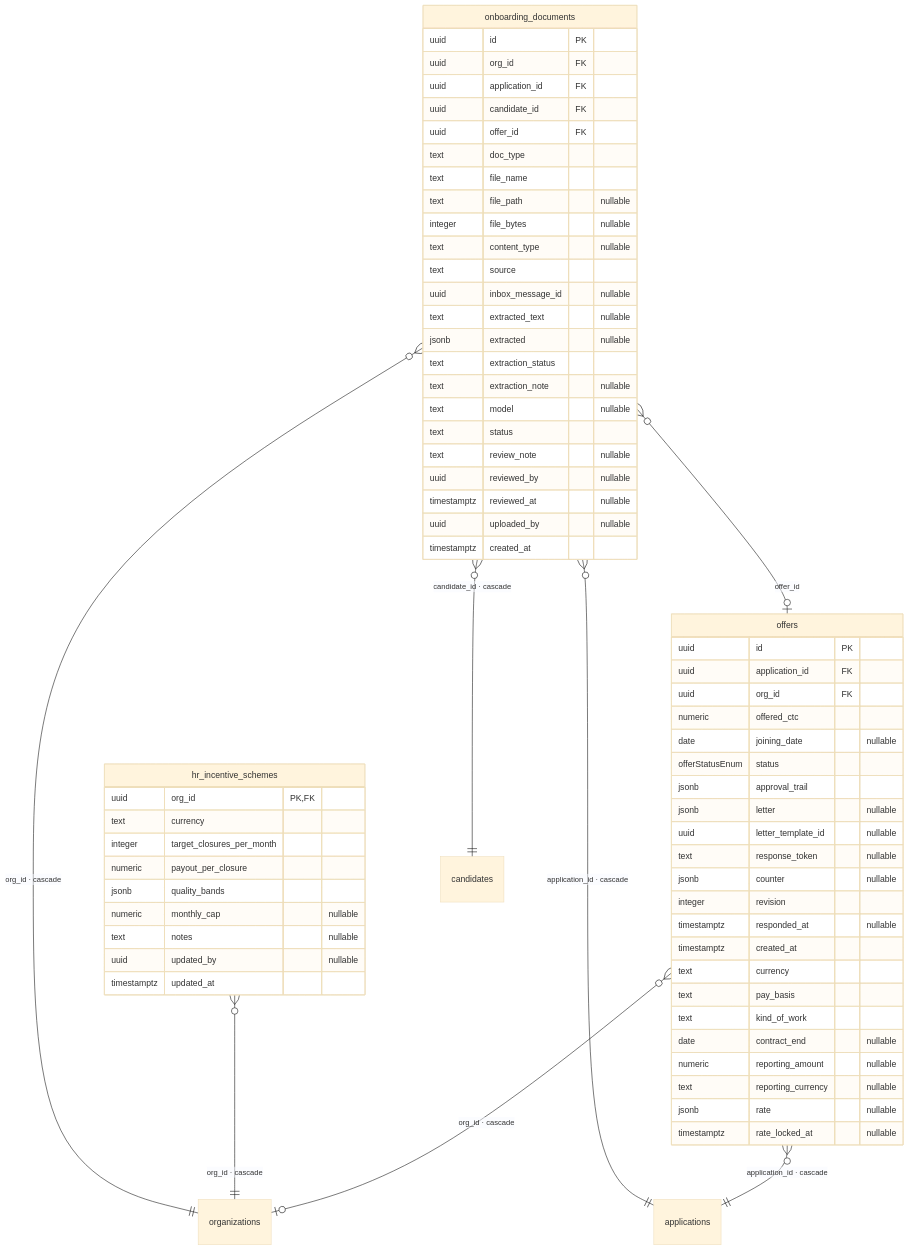
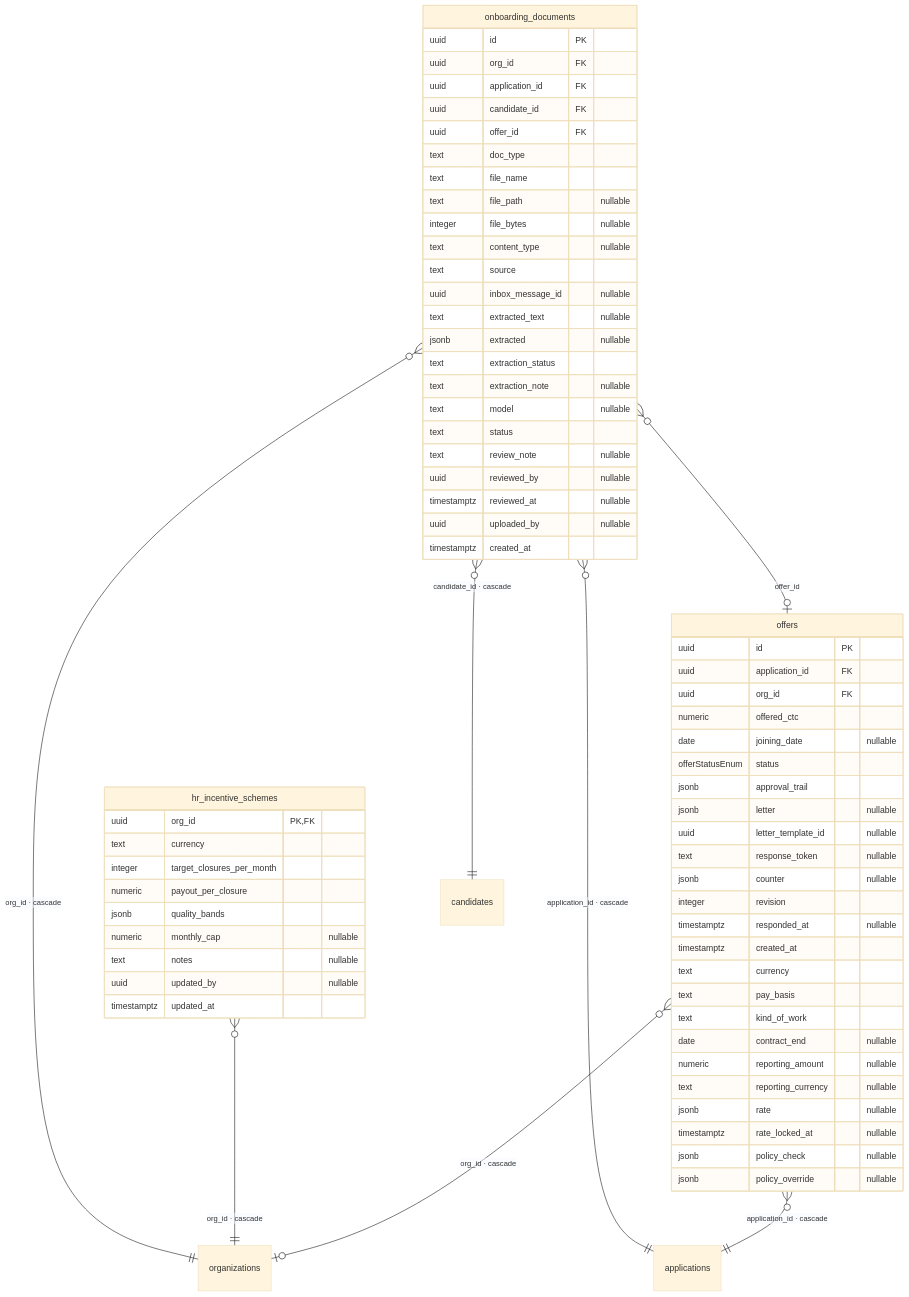
Before and after one commit to madhugraj/ATSAgent: the sixth of 9 diagrams in docs/er-diagram.md, drawn with Mermaid (base theme). The commit also changed other lines of this file and 29 other files, not shown here.

````diff
--- a/docs/er-diagram.md
+++ b/docs/er-diagram.md
@@ -827,71 +827,73 @@
 ```mermaid
 erDiagram
   offers {
     uuid id PK
     uuid application_id FK
     uuid org_id FK
     numeric offered_ctc
     date joining_date "nullable"
     offerStatusEnum status
     jsonb approval_trail
     jsonb letter "nullable"
     uuid letter_template_id "nullable"
     text response_token "nullable"
     jsonb counter "nullable"
     integer revision
     timestamptz responded_at "nullable"
     timestamptz created_at
     text currency
     text pay_basis
     text kind_of_work
     date contract_end "nullable"
     numeric reporting_amount "nullable"
     text reporting_currency "nullable"
     jsonb rate "nullable"
     timestamptz rate_locked_at "nullable"
+    jsonb policy_check "nullable"
+    jsonb policy_override "nullable"
   }
   hr_incentive_schemes {
     uuid org_id PK,FK
     text currency
     integer target_closures_per_month
     numeric payout_per_closure
     jsonb quality_bands
     numeric monthly_cap "nullable"
     text notes "nullable"
     uuid updated_by "nullable"
     timestamptz updated_at
   }
   onboarding_documents {
     uuid id PK
     uuid org_id FK
     uuid application_id FK
     uuid candidate_id FK
     uuid offer_id FK
     text doc_type
     text file_name
     text file_path "nullable"
     integer file_bytes "nullable"
     text content_type "nullable"
     text source
     uuid inbox_message_id "nullable"
     text extracted_text "nullable"
     jsonb extracted "nullable"
     text extraction_status
     text extraction_note "nullable"
     text model "nullable"
     text status
     text review_note "nullable"
     uuid reviewed_by "nullable"
     timestamptz reviewed_at "nullable"
     uuid uploaded_by "nullable"
     timestamptz created_at
   }
 
   offers }o--|| applications : "application_id · cascade"
   offers }o--o| organizations : "org_id · cascade"
   hr_incentive_schemes }o--|| organizations : "org_id · cascade"
   onboarding_documents }o--|| organizations : "org_id · cascade"
   onboarding_documents }o--|| applications : "application_id · cascade"
   onboarding_documents }o--|| candidates : "candidate_id · cascade"
   onboarding_documents }o--o| offers : "offer_id"
 ```
````
